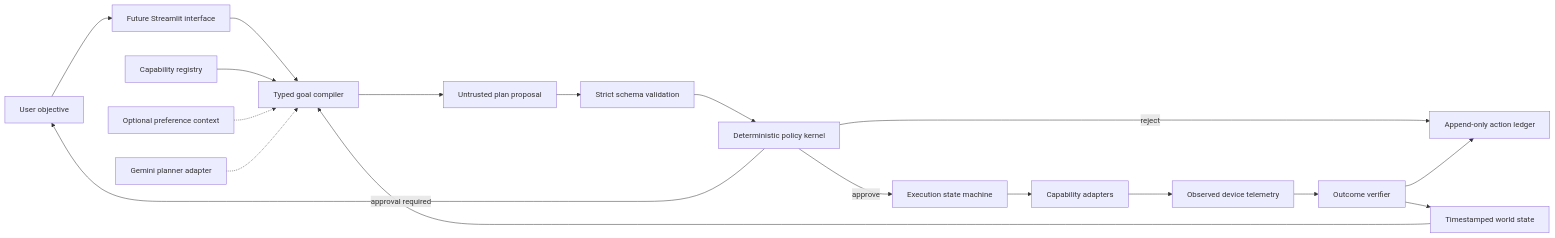
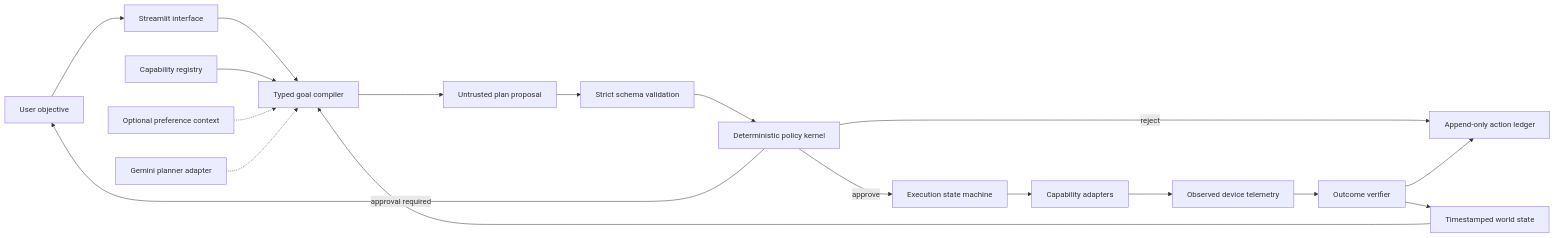
The first of 2 diagrams in docs/architecture.md (Vedangalle/handsoff), drawn with Mermaid before and after one commit. The commit also changed other lines of this file and 28 other files, not shown here.

````diff
--- a/docs/architecture.md
+++ b/docs/architecture.md
@@ -34,20 +34,20 @@
 ```mermaid
 flowchart LR
-    U["User objective"] --> UI["Future Streamlit interface"]
+    U["User objective"] --> UI["Streamlit interface"]
     UI --> GC["Typed goal compiler"]
     WS["Timestamped world state"] --> GC
     CR["Capability registry"] --> GC
     PM["Optional preference context"] -.-> GC
     GM["Gemini planner adapter"] -.-> GC
     GC --> PP["Untrusted plan proposal"]
     PP --> SV["Strict schema validation"]
     SV --> PK["Deterministic policy kernel"]
     PK -->|reject| AL["Append-only action ledger"]
     PK -->|approval required| U
     PK -->|approve| EX["Execution state machine"]
     EX --> DA["Capability adapters"]
     DA --> OBS["Observed device telemetry"]
     OBS --> VF["Outcome verifier"]
     VF --> WS
     VF --> AL
 ```
````
